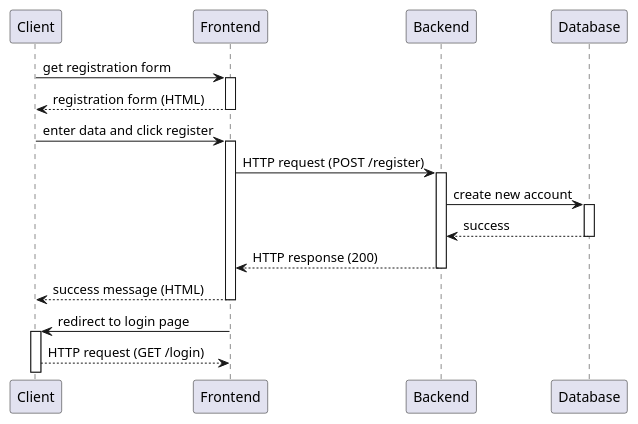
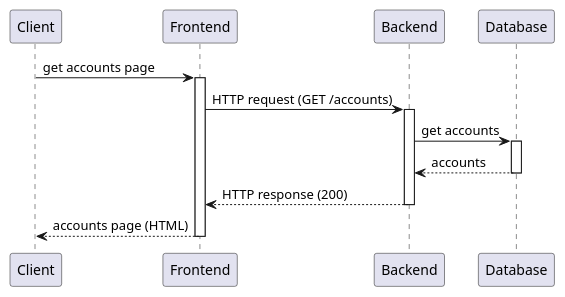
The diagram in documentation/images/create-savings-account-use-case.puml (vladtf/vta-ip-project), drawn with PlantUML before and after one commit.

Commit message:
finish-create-savings-account

```diff
--- a/documentation/images/create-savings-account-use-case.puml
+++ b/documentation/images/create-savings-account-use-case.puml
@@ -1,30 +1,16 @@
 @startuml create-new-saving-account
 
-Client -> Frontend: get registration form
+Client -> Frontend: get accounts page
 activate Frontend
-Frontend --> Client: registration form (HTML)
-deactivate Frontend
-
-Client -> Frontend: enter data and click register
-activate Frontend
-Frontend -> Backend: HTTP request (POST /register)
+Frontend -> Backend: HTTP request (GET /accounts)
 activate Backend
-Backend -> Database: create new account
+Backend -> Database: get accounts
 activate Database
-Database --> Backend: success
+Database --> Backend: accounts
 deactivate Database
 Backend --> Frontend: HTTP response (200)
 deactivate Backend
-Frontend --> Client: success message (HTML)
+Frontend --> Client: accounts page (HTML)
 deactivate Frontend
-Frontend -> Client: redirect to login page
-activate Client
-Client --> Frontend: HTTP request (GET /login)
 
-' * the users navigates to accounts page
-' * click on the create savings account button
-' * fill the form with the required data (type of account, amount, etc.)
-' * click on the create button
-' * the frontend sends an HTTP request to the backend which creates a new savings account in the database and returns the new account to the frontend
-' * the user is redirected to the accounts page where he can see the new account
 @enduml
```
